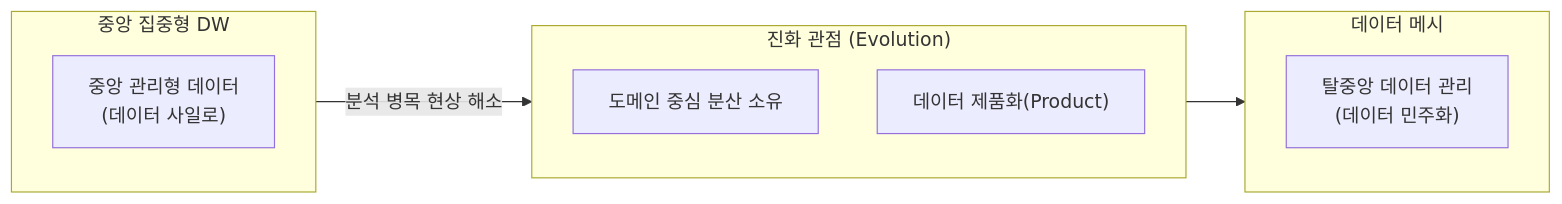
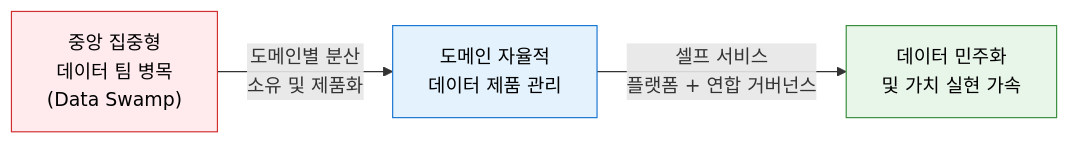
Before and after one commit to jeonck/fw-thinking: the first of 3 diagrams in docs/07-data-ai-governance/data-mesh.md, drawn with Mermaid. The commit also changed other lines of this file, not shown here.

Commit message:
Data Mesh 문서 전면 재작성 - 4대 원칙 및 데이터 제품 아키텍처

````diff
--- a/docs/07-data-ai-governance/data-mesh.md
+++ b/docs/07-data-ai-governance/data-mesh.md
@@ -21,19 +11,8 @@
 ```mermaid
 flowchart LR
-    subgraph A["중앙 집중형 DW "]
-        A1["중앙 관리형 데이터<br/>(데이터 사일로)"]
-    end
+    A["중앙 집중형<br/>데이터 팀 병목<br/>(Data Swamp)"] --"도메인별 분산<br/>소유 및 제품화"--> B["도메인 자율적<br/>데이터 제품 관리"] --"셀프 서비스<br/>플랫폼 + 연합 거버넌스"--> C["데이터 민주화<br/>및 가치 실현 가속"]
 
-    subgraph TRANS["진화 관점 (Evolution)"]
-        direction TB
-        T1["도메인 중심 분산 소유"]
-        T2["데이터 제품화(Product)"]
-    end
-
-    subgraph B["데이터 메시 "]
-        B1["탈중앙 데이터 관리<br/>(데이터 민주화)"]
-    end
-
-    A -- "분석 병목 현상 해소" --> TRANS
-    TRANS --> B
+    style A fill:#FFEBEE,stroke:#D32F2F,color:#000
+    style B fill:#E3F2FD,stroke:#1976D2,color:#000
+    style C fill:#E8F5E9,stroke:#388E3C,color:#000
 ```
````
